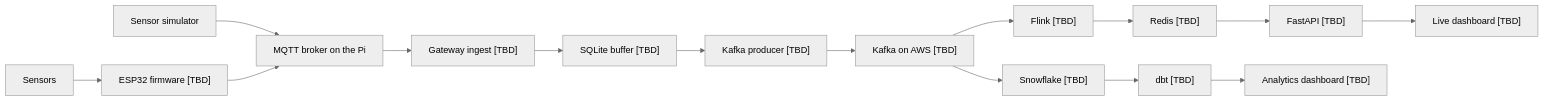
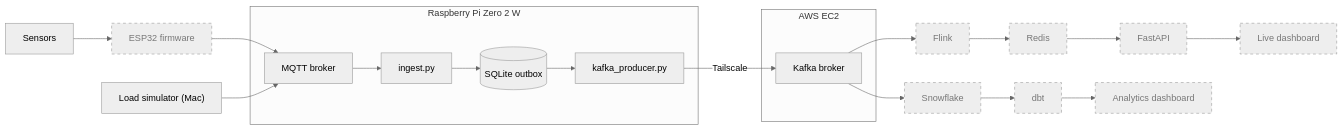
One commit to 0GregoryJ/greenhouse-iot-streaming-pipeline changed the diagram in README.md. Above: the diagram before and after it, drawn with Mermaid (neutral theme). The commit also changed other lines of this file and 7 other files, not shown here.

Commit message:
Wrote kafka producer. Gateway is now ready to insert simulated events from MQTT topic into SQLite outbok and produce to kafka.

````diff
--- a/README.md
+++ b/README.md
@@ -27,19 +28,25 @@
 ```mermaid
 flowchart LR
-  sensors[Sensors] --> esp["ESP32 firmware [TBD]"]
-  sim[Sensor simulator] --> mqtt[MQTT broker on the Pi]
+  sensors[Sensors] --> esp["ESP32 firmware"]
+  sim["Load simulator (Mac)"]
+
+  subgraph pi["Raspberry Pi Zero 2 W"]
+    mqtt[MQTT broker] --> ingest[ingest.py]
+    ingest --> outbox[("SQLite outbox")]
+    outbox --> producer[kafka_producer.py]
+  end
+
+  subgraph ec2["AWS EC2"]
+    kafka["Kafka broker"]
+  end
+
   esp --> mqtt
-  mqtt --> ingest["Gateway ingest [TBD]"]
-  ingest --> sqlite["SQLite buffer [TBD]"]
-  sqlite --> producer["Kafka producer [TBD]"]
-  producer --> kafka["Kafka on AWS [TBD]"]
+  sim --> mqtt
+  producer -->|Tailscale| kafka
 
-  kafka --> flink["Flink [TBD]"]
-  flink --> redis["Redis [TBD]"]
-  redis --> api["FastAPI [TBD]"]
-  api --> live["Live dashboard [TBD]"]
+  kafka --> flink[Flink] --> redis[Redis] --> api[FastAPI] --> live[Live dashboard]
+  kafka --> snow[Snowflake] --> dbt[dbt] --> history[Analytics dashboard]
 
-  kafka --> snow["Snowflake [TBD]"]
-  snow --> dbt["dbt [TBD]"]
-  dbt --> history["Analytics dashboard [TBD]"]
+  classDef tbd stroke-dasharray: 5 5,color:#777,stroke:#999;
+  class esp,flink,redis,api,live,snow,dbt,history tbd;
 ```
````
